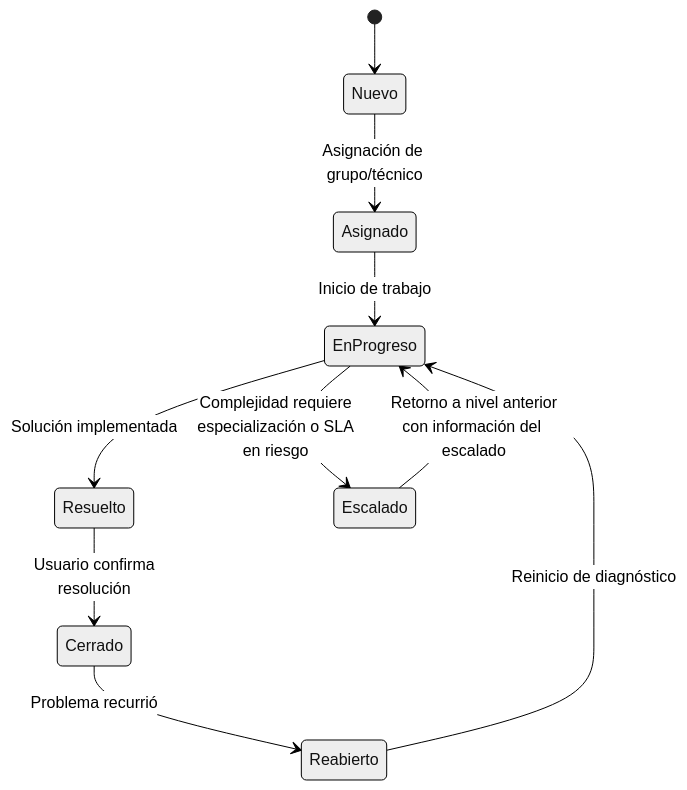
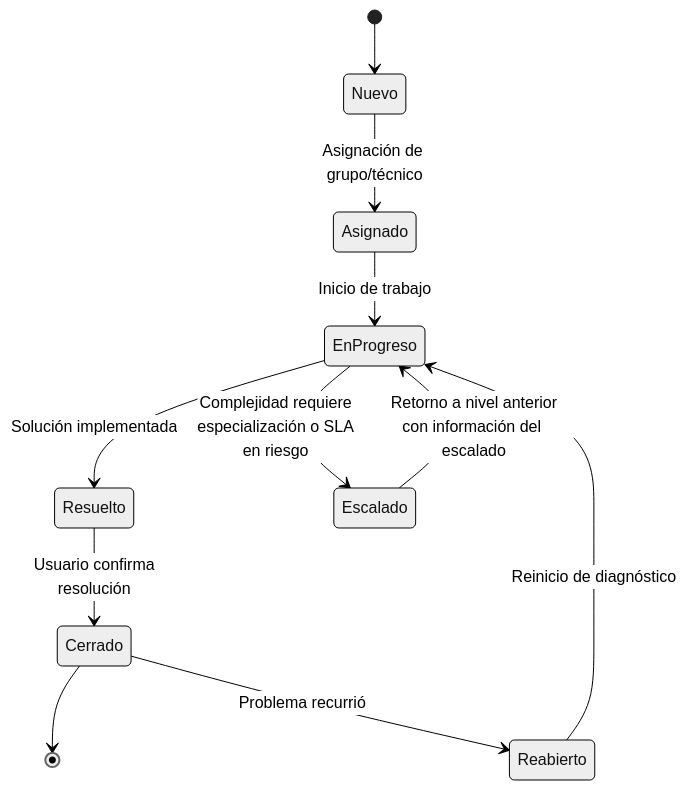
Before and after one commit to vicapedro/monorepo-apuntes-materias: the diagram in Administracion-de-Redes/1. Funciones de la administración de redes/1.1 Fallas.md, drawn with Mermaid (neutral theme). The commit also changed other lines of this file and 8 other files, not shown here.

````diff
--- a/Administracion-de-Redes/1. Funciones de la administración de redes/1.1 Fallas.md
+++ b/Administracion-de-Redes/1. Funciones de la administración de redes/1.1 Fallas.md
@@ -325,22 +325,24 @@
 ```mermaid
 stateDiagram-v2
     [*] --> Nuevo
     
     Nuevo --> Asignado: Asignación de grupo/técnico
     
     Asignado --> EnProgreso: Inicio de trabajo
     
     EnProgreso --> Resuelto: Solución implementada
     
     EnProgreso --> Escalado: Complejidad requiere<br/>especialización o SLA<br/>en riesgo
     
     Escalado --> EnProgreso: Retorno a nivel anterior<br/>con información del escalado
     
     Resuelto --> Cerrado: Usuario confirma<br/>resolución
     
+    Cerrado --> [*]
+
     Cerrado --> Reabierto: Problema recurrió
     
     Reabierto --> EnProgreso: Reinicio de diagnóstico
     
     
 ```
````
